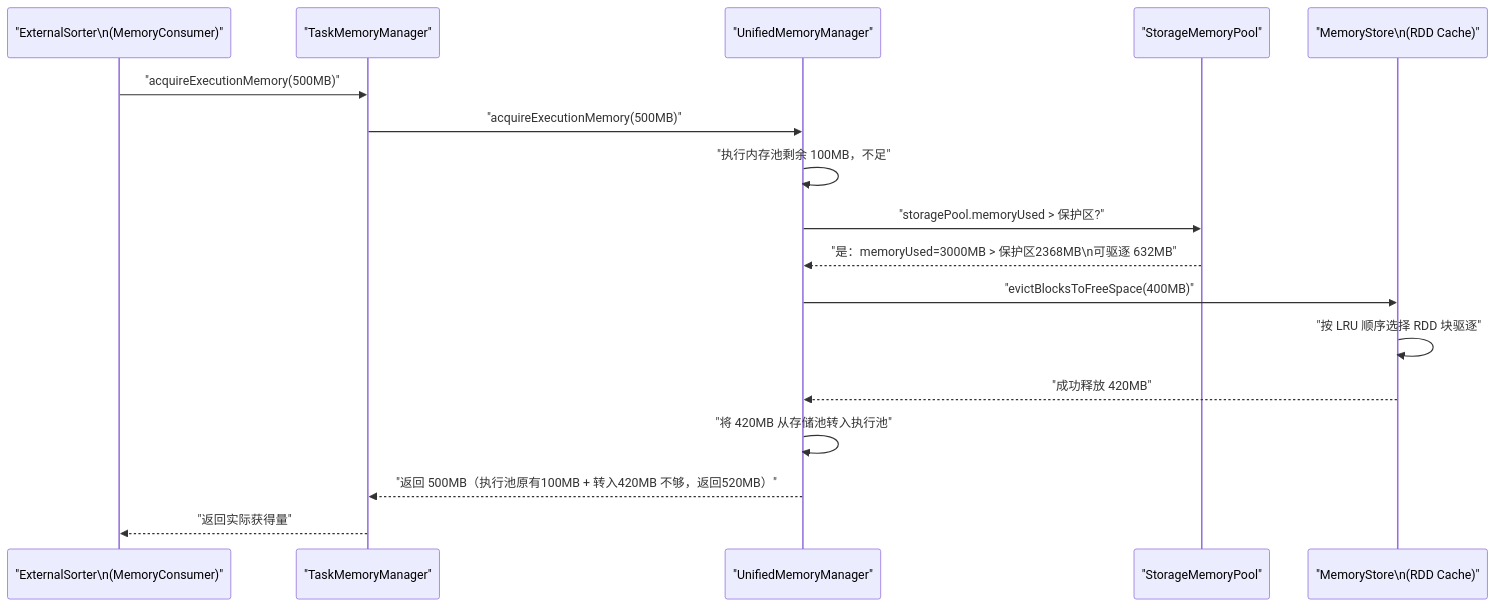
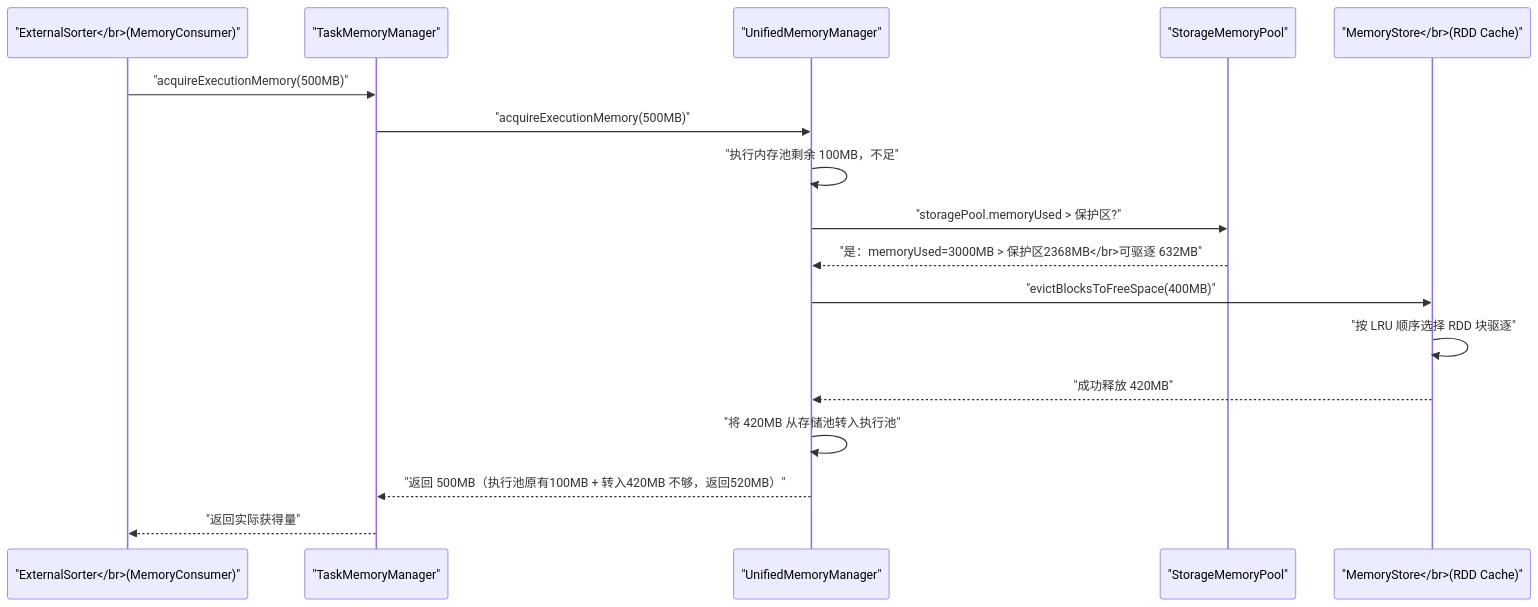
The diagram in content/大数据/Spark/Spark-Shuffle与内存管理机制深度解析/07 Execution 与 Storage 的动态边界.md (hpliStartAgain/my-brain), drawn with Mermaid before and after one commit. The commit also changed 202 other files, not shown here.

````diff
--- a/content/大数据/Spark/Spark-Shuffle与内存管理机制深度解析/07 Execution 与 Storage 的动态边界.md
+++ b/content/大数据/Spark/Spark-Shuffle与内存管理机制深度解析/07 Execution 与 Storage 的动态边界.md
@@ -108,21 +108,21 @@
 ```mermaid
 %%{init: {"theme": "dracula", "themeVariables": {"primaryColor": "#6272a4", "primaryTextColor": "#f8f8f2", "primaryBorderColor": "#bd93f9", "lineColor": "#ff79c6", "secondaryColor": "#44475a", "tertiaryColor": "#282a36"}}}%%
 sequenceDiagram
-    participant ES as "ExternalSorter\n(MemoryConsumer)"
+    participant ES as "ExternalSorter</br>(MemoryConsumer)"
     participant TMM as "TaskMemoryManager"
     participant UMM as "UnifiedMemoryManager"
     participant SP as "StorageMemoryPool"
-    participant MS as "MemoryStore\n(RDD Cache)"
+    participant MS as "MemoryStore</br>(RDD Cache)"
 
     ES->>TMM: "acquireExecutionMemory(500MB)"
     TMM->>UMM: "acquireExecutionMemory(500MB)"
     UMM->>UMM: "执行内存池剩余 100MB，不足"
     UMM->>SP: "storagePool.memoryUsed > 保护区?"
-    SP-->>UMM: "是：memoryUsed=3000MB > 保护区2368MB\n可驱逐 632MB"
+    SP-->>UMM: "是：memoryUsed=3000MB > 保护区2368MB</br>可驱逐 632MB"
     UMM->>MS: "evictBlocksToFreeSpace(400MB)"
     MS->>MS: "按 LRU 顺序选择 RDD 块驱逐"
     MS-->>UMM: "成功释放 420MB"
     UMM->>UMM: "将 420MB 从存储池转入执行池"
     UMM-->>TMM: "返回 500MB（执行池原有100MB + 转入420MB 不够，返回520MB）"
     TMM-->>ES: "返回实际获得量"
 ```
````
